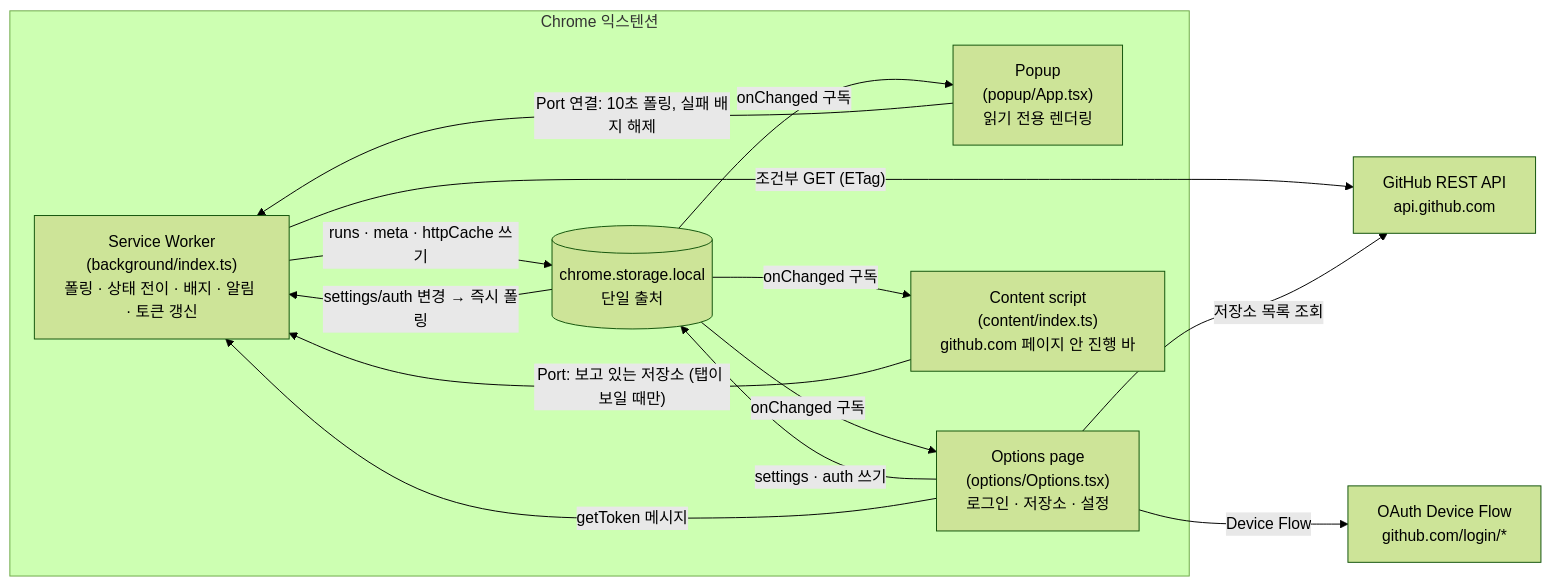
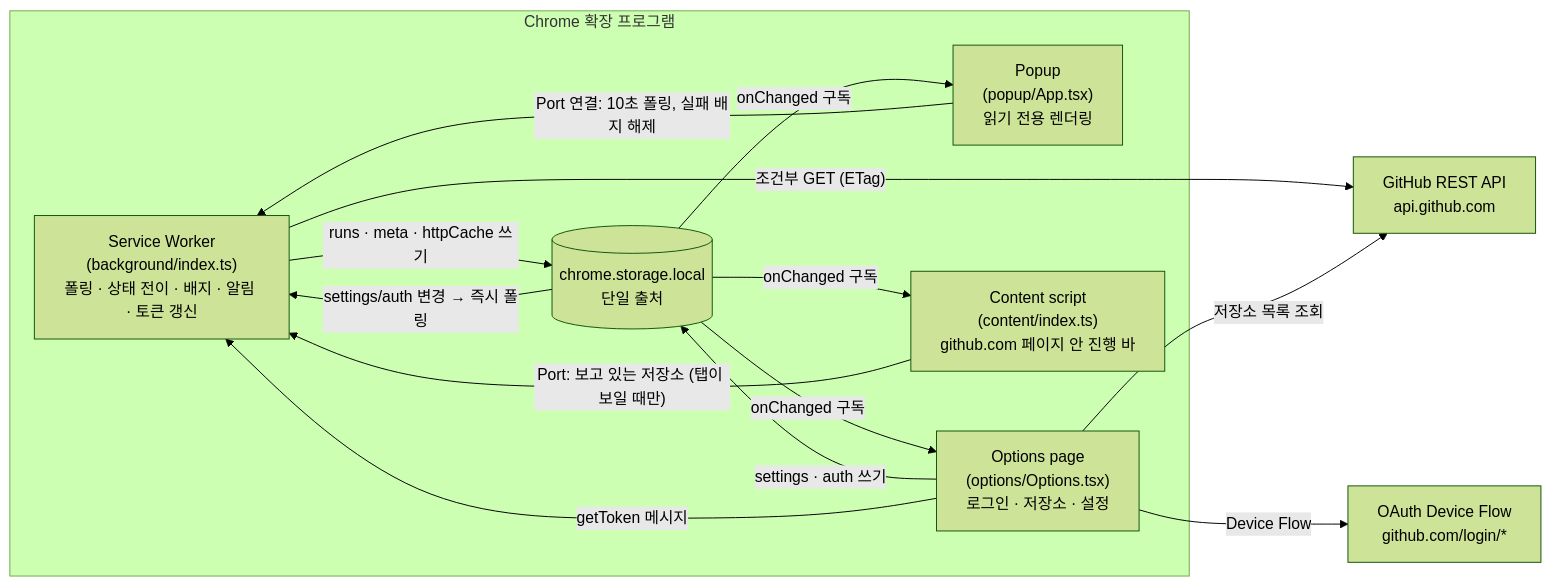
The first of 2 diagrams in docs/DESIGN.md (gugitgugit/live-actions), drawn with Mermaid (forest theme) before and after one commit. The commit also changed other lines of this file and 27 other files, not shown here.

````diff
--- a/docs/DESIGN.md
+++ b/docs/DESIGN.md
@@ -80,25 +80,25 @@
 ```mermaid
 flowchart LR
-  subgraph Chrome["Chrome 익스텐션"]
+  subgraph Chrome["Chrome 확장 프로그램"]
     SW["Service Worker<br/>(background/index.ts)<br/>폴링 · 상태 전이 · 배지 · 알림 · 토큰 갱신"]
     ST[("chrome.storage.local<br/>단일 출처")]
     PU["Popup<br/>(popup/App.tsx)<br/>읽기 전용 렌더링"]
     OP["Options page<br/>(options/Options.tsx)<br/>로그인 · 저장소 · 설정"]
     CS["Content script<br/>(content/index.ts)<br/>github.com 페이지 안 진행 바"]
   end
   GH["GitHub REST API<br/>api.github.com"]
   GL["OAuth Device Flow<br/>github.com/login/*"]
 
   SW -- "조건부 GET (ETag)" --> GH
   SW -- "runs · meta · httpCache 쓰기" --> ST
   ST -- "onChanged 구독" --> PU
   ST -- "onChanged 구독" --> OP
   OP -- "settings · auth 쓰기" --> ST
   ST -- "settings/auth 변경 → 즉시 폴링" --> SW
   PU -- "Port 연결: 10초 폴링, 실패 배지 해제" --> SW
   OP -- "getToken 메시지" --> SW
   OP -- "Device Flow" --> GL
   OP -- "저장소 목록 조회" --> GH
   ST -- "onChanged 구독" --> CS
   CS -- "Port: 보고 있는 저장소 (탭이 보일 때만)" --> SW
 ```
````
